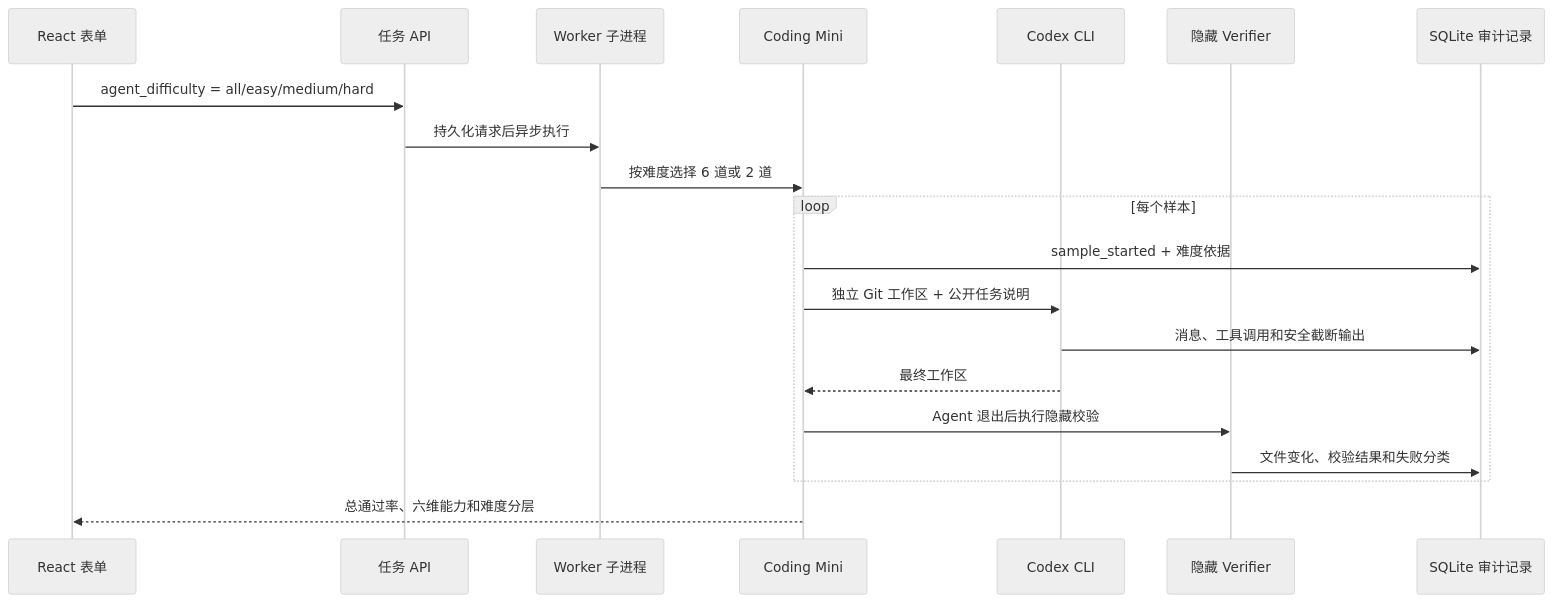
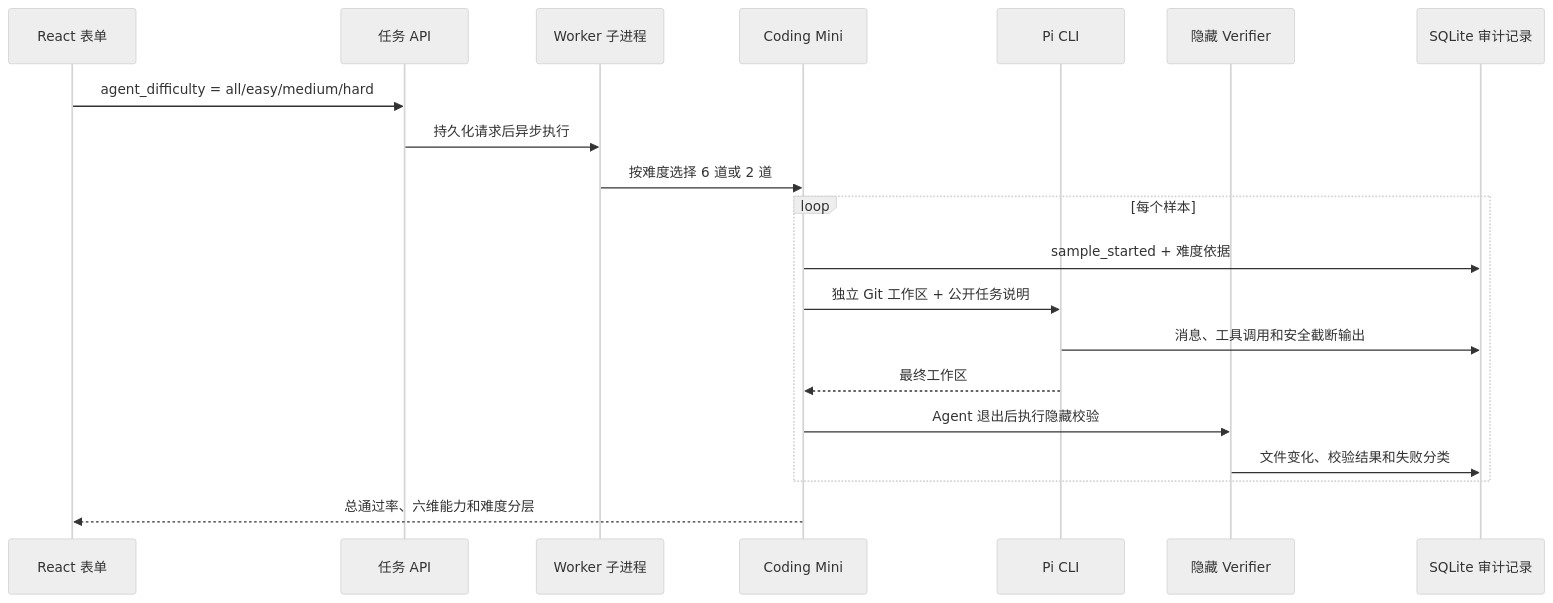
The second of 2 diagrams in docs/architecture/20260804_系统架构.md (NEDONION/evalhub), drawn with Mermaid (neutral theme) before and after one commit. The commit also changed other lines of this file and 27 other files, not shown here.

````diff
--- a/docs/architecture/20260804_系统架构.md
+++ b/docs/architecture/20260804_系统架构.md
@@ -57,23 +58,23 @@
 ```mermaid
 sequenceDiagram
     participant UI as React 表单
     participant API as 任务 API
     participant W as Worker 子进程
     participant B as Coding Mini
-    participant C as Codex CLI
+    participant C as Pi CLI
     participant V as 隐藏 Verifier
     participant DB as SQLite 审计记录
 
     UI->>API: agent_difficulty = all/easy/medium/hard
     API->>W: 持久化请求后异步执行
     W->>B: 按难度选择 6 道或 2 道
     loop 每个样本
         B->>DB: sample_started + 难度依据
         B->>C: 独立 Git 工作区 + 公开任务说明
         C->>DB: 消息、工具调用和安全截断输出
         C-->>B: 最终工作区
         B->>V: Agent 退出后执行隐藏校验
         V->>DB: 文件变化、校验结果和失败分类
     end
     B-->>UI: 总通过率、六维能力和难度分层
 ```
````
